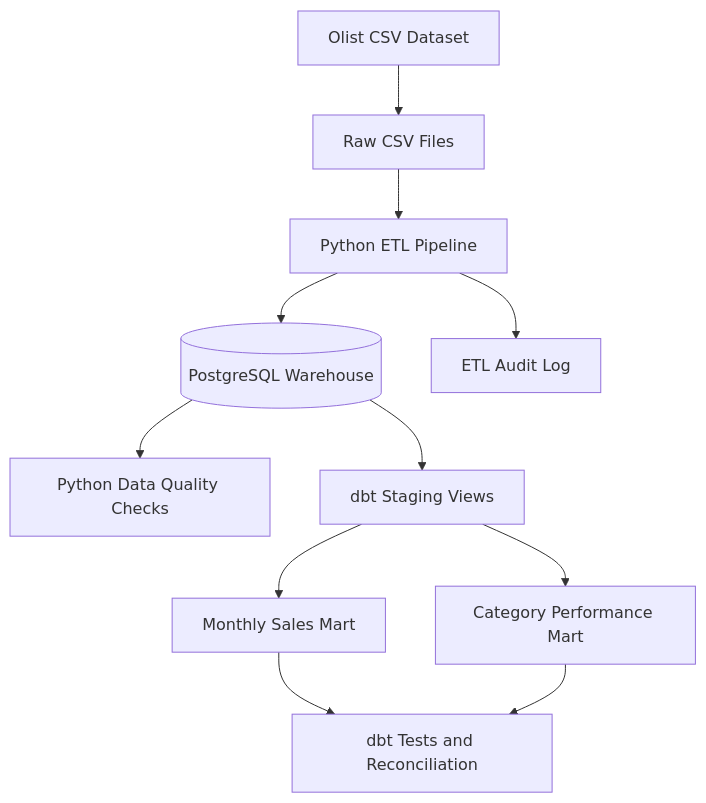
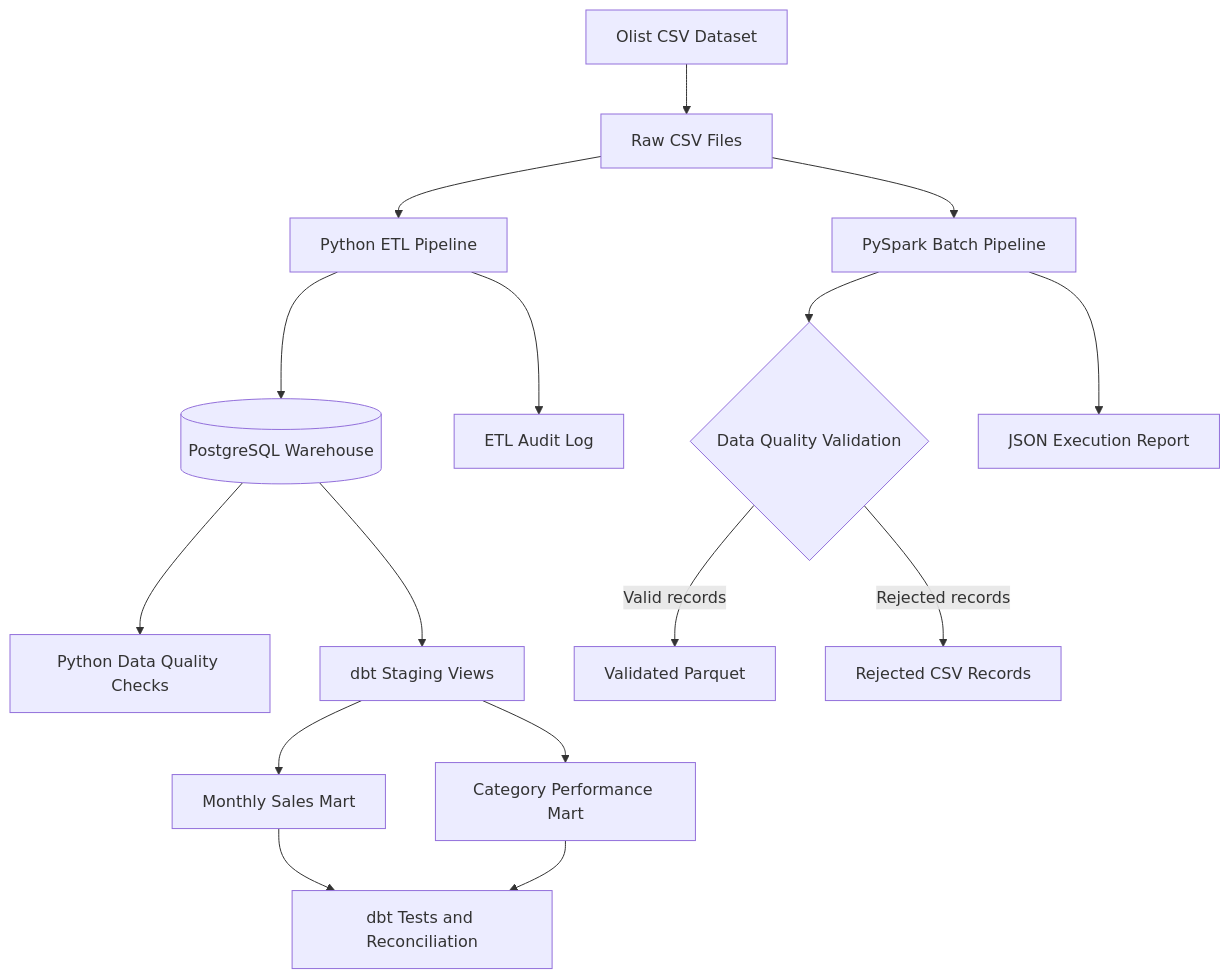
The diagram in README.md (TejaswiniH123/ecommerce-data-engineering), drawn with Mermaid before and after one commit. The commit also changed other lines of this file, not shown here.

Commit message:
Document PySpark batch processing workflow

````diff
--- a/README.md
+++ b/README.md
@@ -25,13 +38,21 @@
 ```mermaid
 flowchart TD
     A["Olist CSV Dataset"] --> B["Raw CSV Files"]
+
     B --> C["Python ETL Pipeline"]
     C --> D[("PostgreSQL Warehouse")]
     C --> E["ETL Audit Log"]
+
     D --> F["Python Data Quality Checks"]
     D --> G["dbt Staging Views"]
     G --> H["Monthly Sales Mart"]
     G --> I["Category Performance Mart"]
     H --> J["dbt Tests and Reconciliation"]
     I --> J
+
+    B --> K["PySpark Batch Pipeline"]
+    K --> L{"Data Quality Validation"}
+    L -->|Valid records| M["Validated Parquet"]
+    L -->|Rejected records| N["Rejected CSV Records"]
+    K --> O["JSON Execution Report"]
 ```
````
